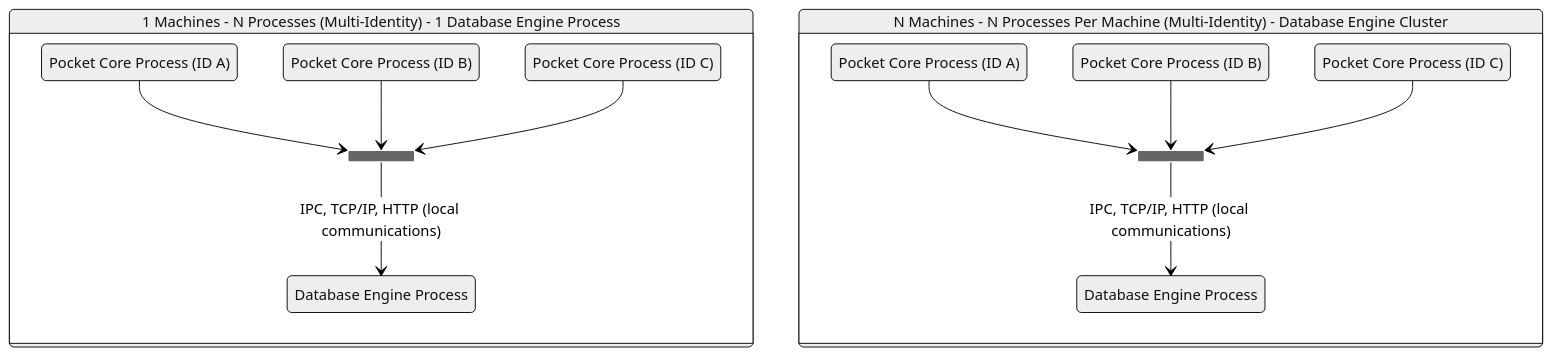
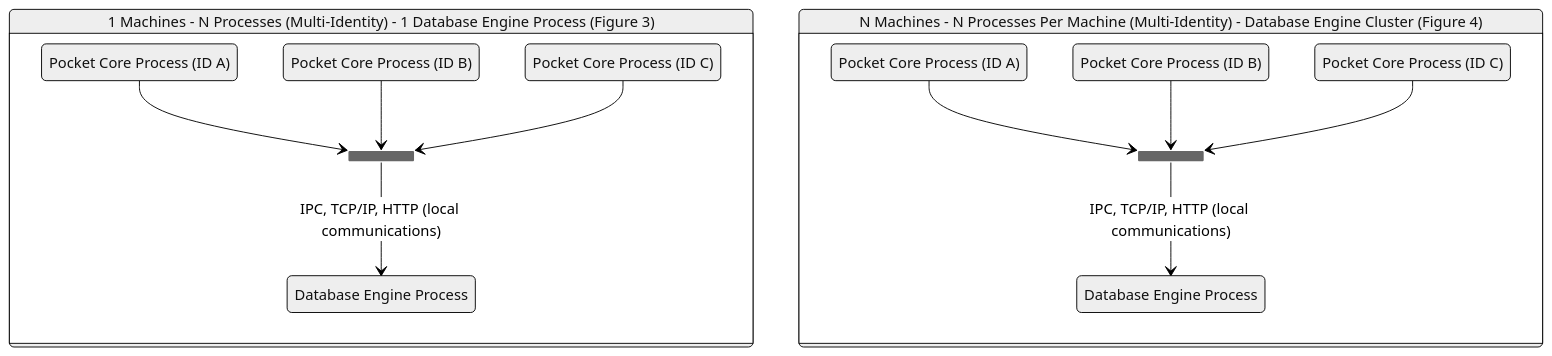
One commit to pokt-network/pocket-network-protocol changed the second of 5 diagrams in persistence/README.md. Above: the diagram before and after it, drawn with Mermaid (neutral theme). The commit also changed other lines of this file, not shown here.

Commit message:
Added some figure numbers

````diff
--- a/persistence/README.md
+++ b/persistence/README.md
@@ -111,31 +111,31 @@
 ```mermaid
 stateDiagram-v2
-    Fig3: 1 Machines - N Processes (Multi-Identity) - 1 Database Engine Process
-    Fig4: N Machines - N Processes Per Machine (Multi-Identity) - Database Engine Cluster
+    Fig3: 1 Machines - N Processes (Multi-Identity) - 1 Database Engine Process (Figure 3)
+    Fig4: N Machines - N Processes Per Machine (Multi-Identity) - Database Engine Cluster (Figure 4)
 
     state Fig3 {
         PA: Pocket Core Process (ID A)
         PB: Pocket Core Process (ID B)
         PC: Pocket Core Process (ID C)
         DB3: Database Engine Process
 
         state join_state3 <<join>>
         PA --> join_state3
         PB --> join_state3
         PC --> join_state3
         join_state3 --> DB3: IPC, TCP/IP, HTTP (local communications)
     }
 
     state Fig4 {
         P4A: Pocket Core Process (ID A)
         P4B: Pocket Core Process (ID B)
         P4C: Pocket Core Process (ID C)
         DB4: Database Engine Process
 
         state join_state4 <<join>>
         P4A --> join_state4
         P4B --> join_state4
         P4C --> join_state4
         join_state4 --> DB4: IPC, TCP/IP, HTTP (local communications)
     }
 ```
````
